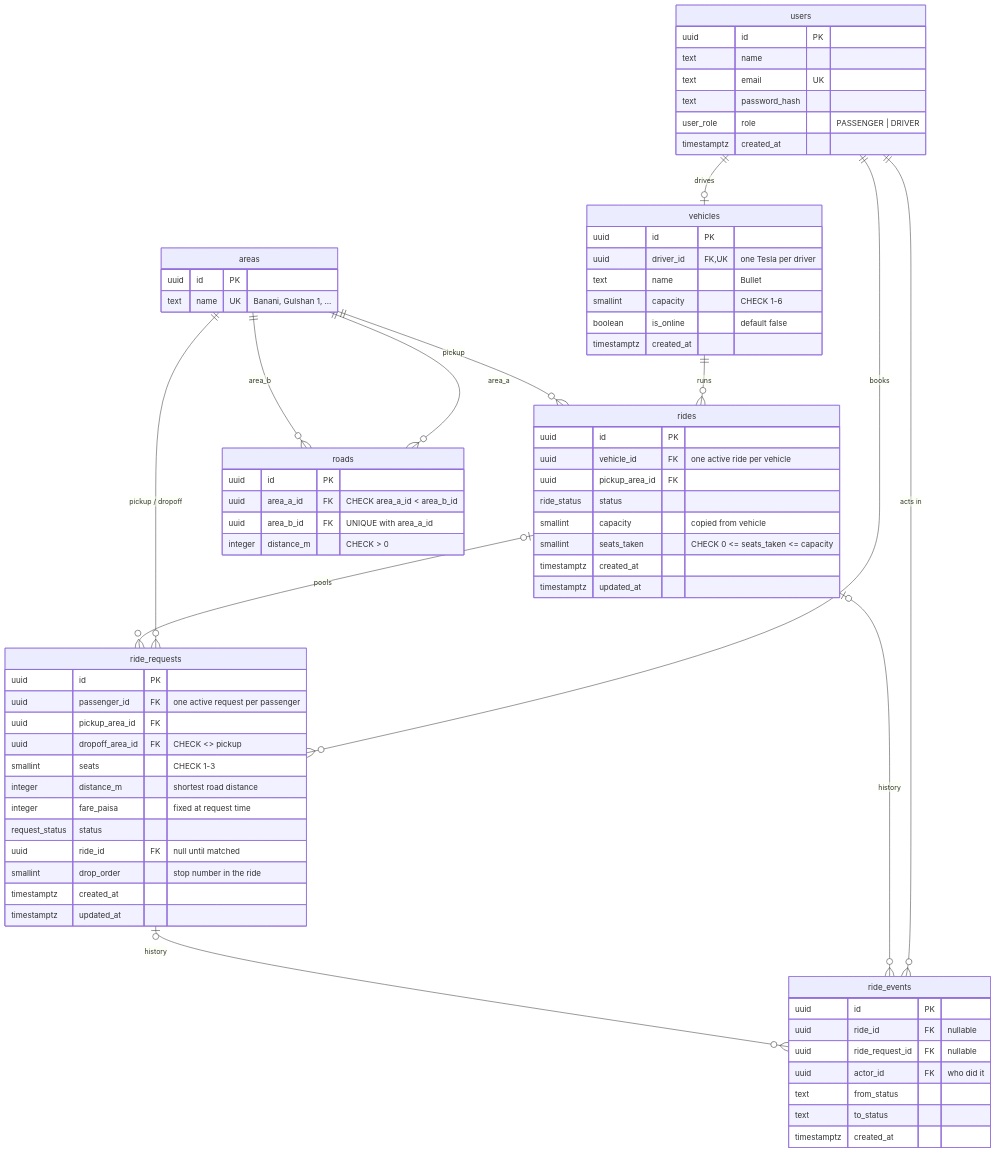
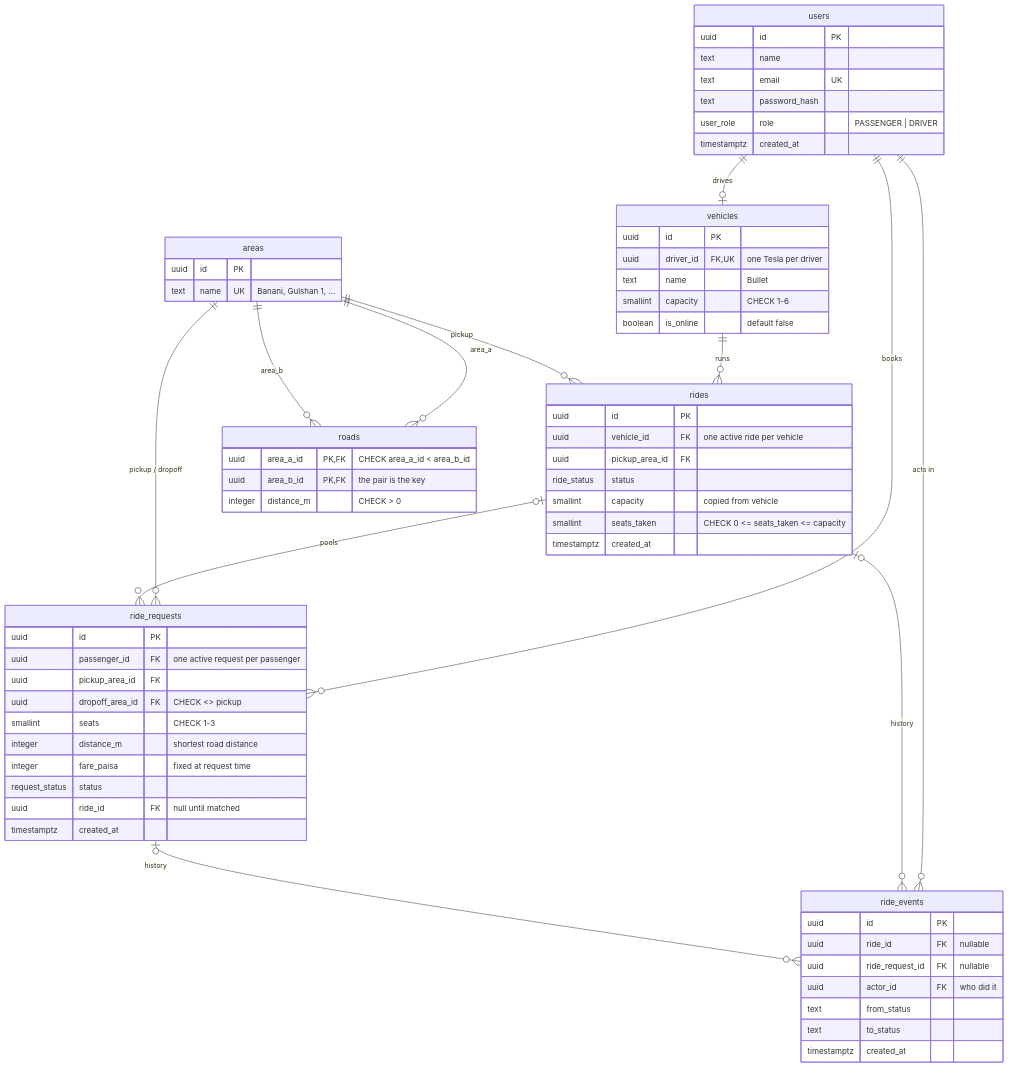
Before and after one commit to Apn7/dhaka-tesla-pool: the second of 2 diagrams in docs/architecture.md, drawn with Mermaid. The commit also changed other lines of this file and 4 other files, not shown here.

Commit message:
refactor(db): drop derived and unused columns, key roads by area pair

````diff
--- a/docs/architecture.md
+++ b/docs/architecture.md
@@ -25,74 +25,69 @@
 ```mermaid
 erDiagram
   users ||--o| vehicles : "drives"
   users ||--o{ ride_requests : "books"
   users ||--o{ ride_events : "acts in"
   vehicles ||--o{ rides : "runs"
   areas ||--o{ roads : "area_a"
   areas ||--o{ roads : "area_b"
   areas ||--o{ rides : "pickup"
   areas ||--o{ ride_requests : "pickup / dropoff"
   rides |o--o{ ride_requests : "pools"
   rides |o--o{ ride_events : "history"
   ride_requests |o--o{ ride_events : "history"
 
   users {
     uuid id PK
     text name
     text email UK
     text password_hash
     user_role role "PASSENGER | DRIVER"
     timestamptz created_at
   }
   vehicles {
     uuid id PK
     uuid driver_id FK,UK "one Tesla per driver"
     text name "Bullet"
     smallint capacity "CHECK 1-6"
     boolean is_online "default false"
-    timestamptz created_at
   }
   areas {
     uuid id PK
     text name UK "Banani, Gulshan 1, ..."
   }
   roads {
-    uuid id PK
-    uuid area_a_id FK "CHECK area_a_id < area_b_id"
-    uuid area_b_id FK "UNIQUE with area_a_id"
+    uuid area_a_id PK,FK "CHECK area_a_id < area_b_id"
+    uuid area_b_id PK,FK "the pair is the key"
     integer distance_m "CHECK > 0"
   }
   rides {
     uuid id PK
     uuid vehicle_id FK "one active ride per vehicle"
     uuid pickup_area_id FK
     ride_status status
     smallint capacity "copied from vehicle"
     smallint seats_taken "CHECK 0 <= seats_taken <= capacity"
     timestamptz created_at
-    timestamptz updated_at
   }
   ride_requests {
     uuid id PK
     uuid passenger_id FK "one active request per passenger"
     uuid pickup_area_id FK
     uuid dropoff_area_id FK "CHECK <> pickup"
     smallint seats "CHECK 1-3"
     integer distance_m "shortest road distance"
     integer fare_paisa "fixed at request time"
     request_status status
     uuid ride_id FK "null until matched"
-    smallint drop_order "stop number in the ride"
     timestamptz created_at
-    timestamptz updated_at
   }
   ride_events {
     uuid id PK
     uuid ride_id FK "nullable"
     uuid ride_request_id FK "nullable"
     uuid actor_id FK "who did it"
     text from_status
     text to_status
     timestamptz created_at
   }
 ```
````
